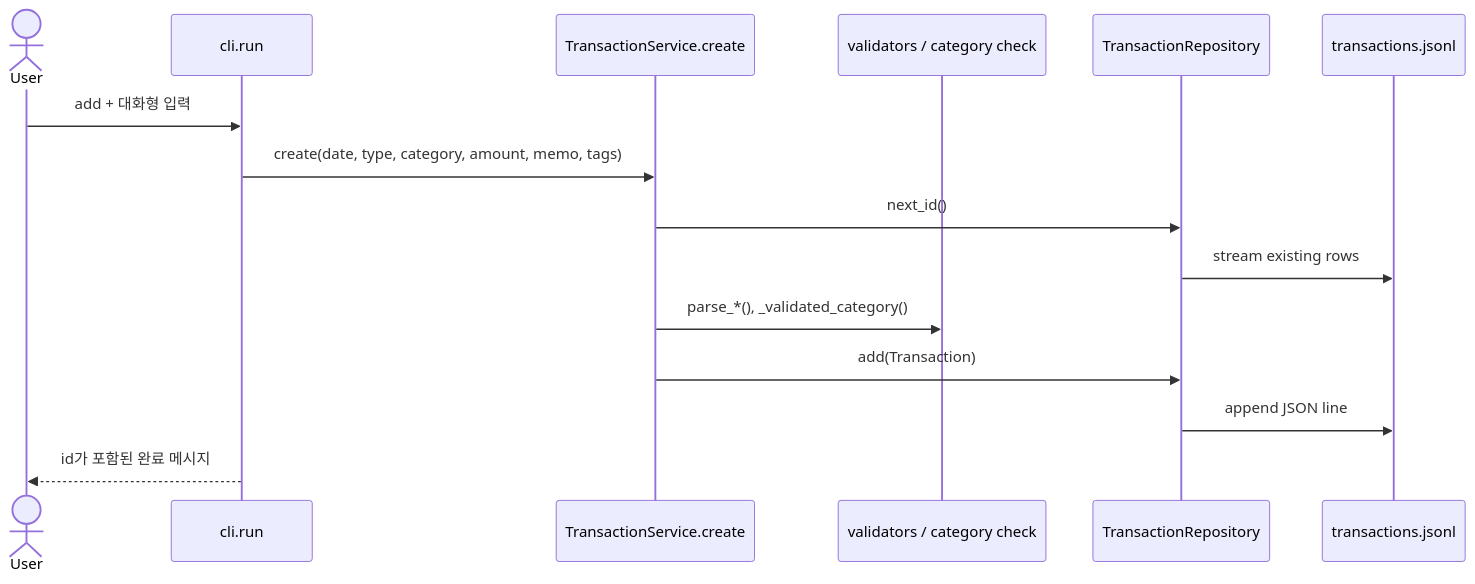
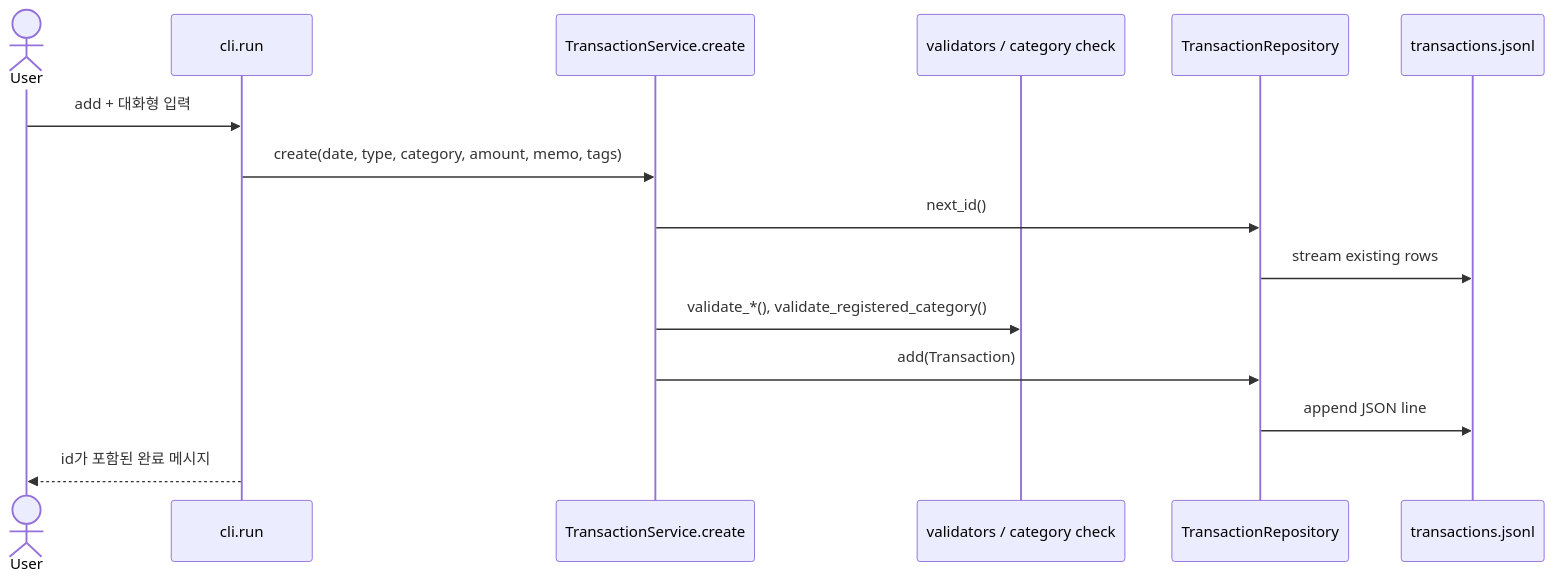
One commit to jhkr1/Codyssey_main_course changed the second of 7 diagrams in B2-1_Create_file-based_household_account_console_program/budget_app/CODE_ARCHITECTURE.md. Above: the diagram before and after it, drawn with Mermaid. The commit also changed other lines of this file and 9 other files, not shown here.

````diff
--- a/B2-1_Create_file-based_household_account_console_program/budget_app/CODE_ARCHITECTURE.md
+++ b/B2-1_Create_file-based_household_account_console_program/budget_app/CODE_ARCHITECTURE.md
@@ -146,17 +147,17 @@
 ```mermaid
 sequenceDiagram
     actor User
     participant CLI as cli.run
     participant TS as TransactionService.create
     participant V as validators / category check
     participant TR as TransactionRepository
     participant F as transactions.jsonl
     User->>CLI: add + 대화형 입력
     CLI->>TS: create(date, type, category, amount, memo, tags)
     TS->>TR: next_id()
     TR->>F: stream existing rows
-    TS->>V: parse_*(), _validated_category()
+    TS->>V: validate_*(), validate_registered_category()
     TS->>TR: add(Transaction)
     TR->>F: append JSON line
     CLI-->>User: id가 포함된 완료 메시지
 ```
````
